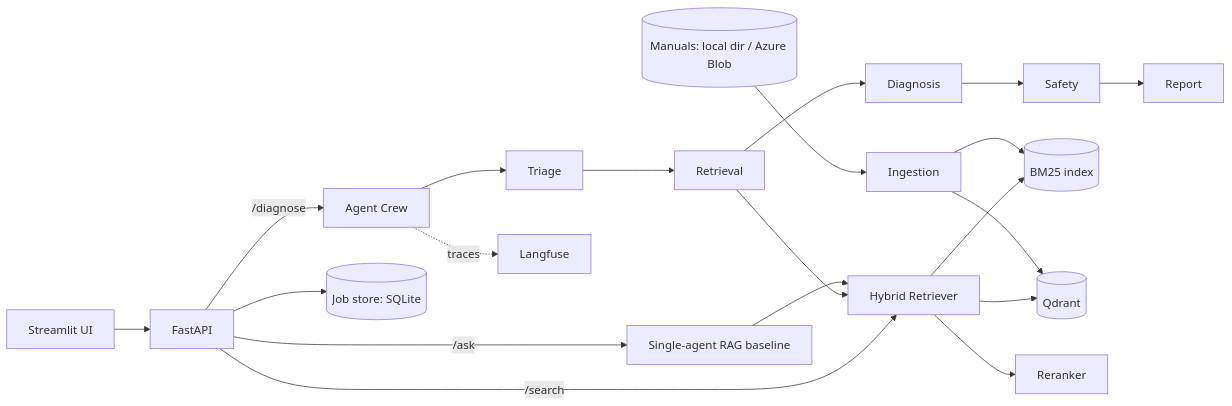
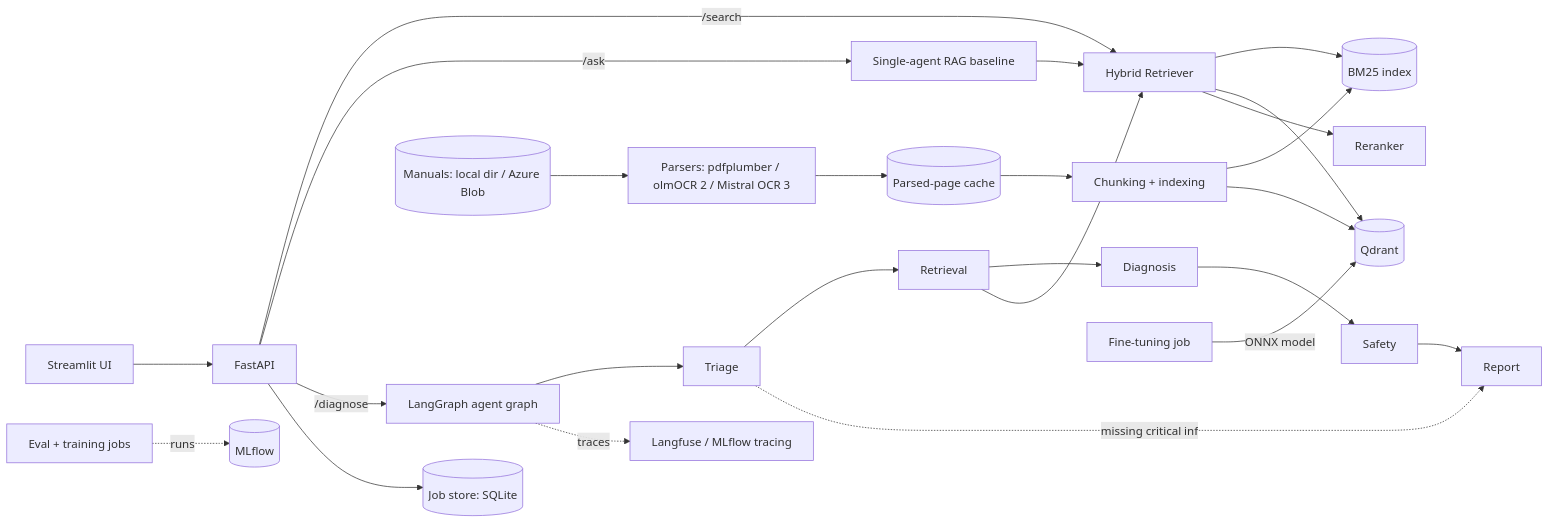
The diagram in PLAN.md (Riz695/rig-assist), drawn with Mermaid before and after one commit. The commit also changed other lines of this file, not shown here.

First line of the commit message:
docs: pivot plan to OCR ingestion, fine-tuning, MLflow and LangGraph

````diff
--- a/PLAN.md
+++ b/PLAN.md
@@ -133,18 +159,22 @@
 ```mermaid
 flowchart LR
     UI[Streamlit UI] --> API[FastAPI]
     API -->|/search| RET[Hybrid Retriever]
     API -->|/ask| SA[Single-agent RAG baseline]
-    API -->|/diagnose| CREW[Agent Crew]
-    CREW --> T[Triage] --> R[Retrieval] --> D[Diagnosis] --> S[Safety] --> W[Report]
+    API -->|/diagnose| G[LangGraph agent graph]
+    G --> T[Triage] --> R[Retrieval] --> D[Diagnosis] --> S[Safety] --> W[Report]
+    T -.missing critical info.-> W
     R --> RET
     SA --> RET
     RET --> BM25[(BM25 index)]
     RET --> QD[(Qdrant)]
     RET --> RR[Reranker]
-    CREW -.traces.-> LF[Langfuse]
+    G -.traces.-> TR[Langfuse / MLflow tracing]
     API --> JOBS[(Job store: SQLite)]
-    ING[Ingestion] --> BM25
+    BLOB[(Manuals: local dir / Azure Blob)] --> PARSE[Parsers: pdfplumber / olmOCR 2 / Mistral OCR 3]
+    PARSE --> CACHE[(Parsed-page cache)] --> ING[Chunking + indexing]
+    ING --> BM25
     ING --> QD
-    BLOB[(Manuals: local dir / Azure Blob)] --> ING
+    TRAIN[Fine-tuning job] -->|ONNX model| QD
+    EVAL[Eval + training jobs] -.runs.-> MLF[(MLflow)]
 ```
````
